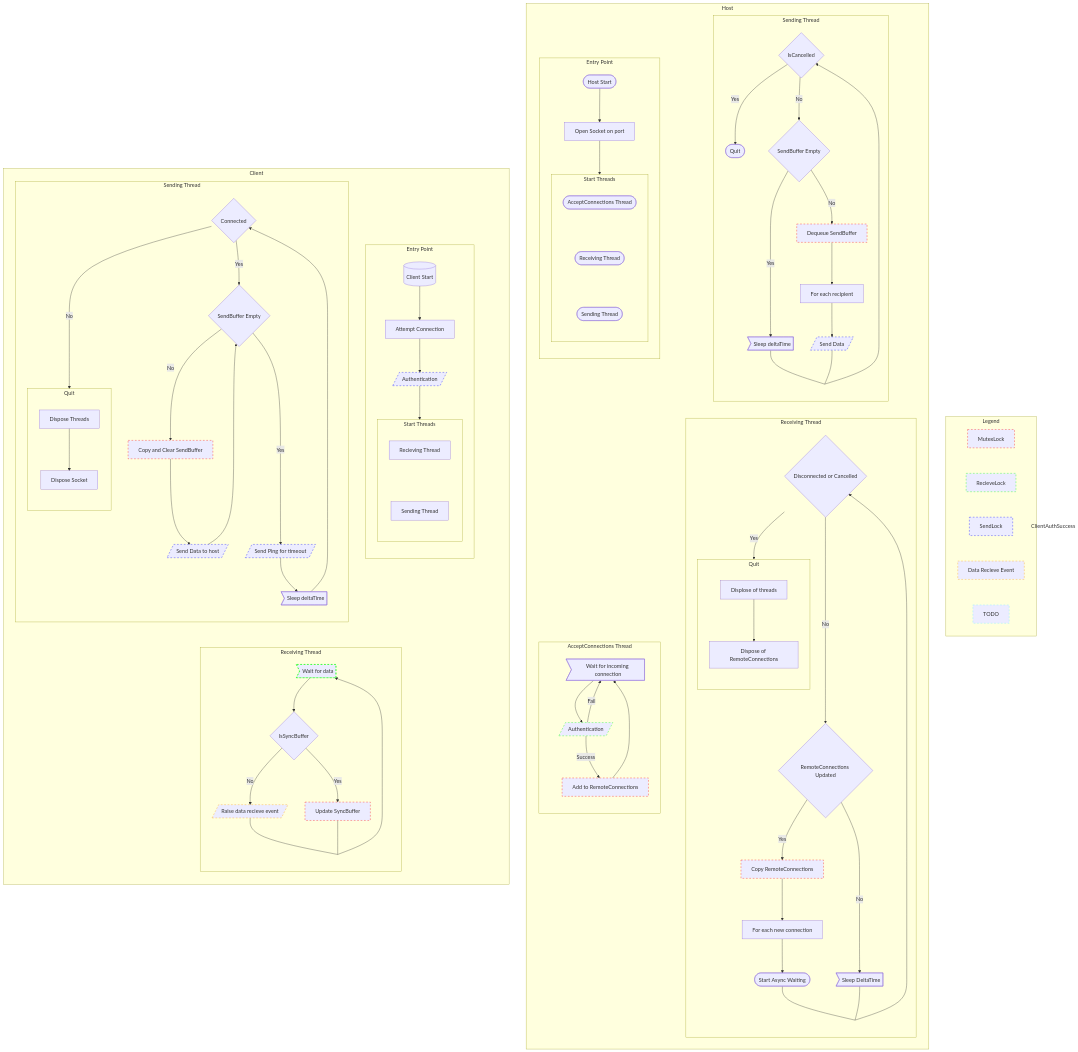
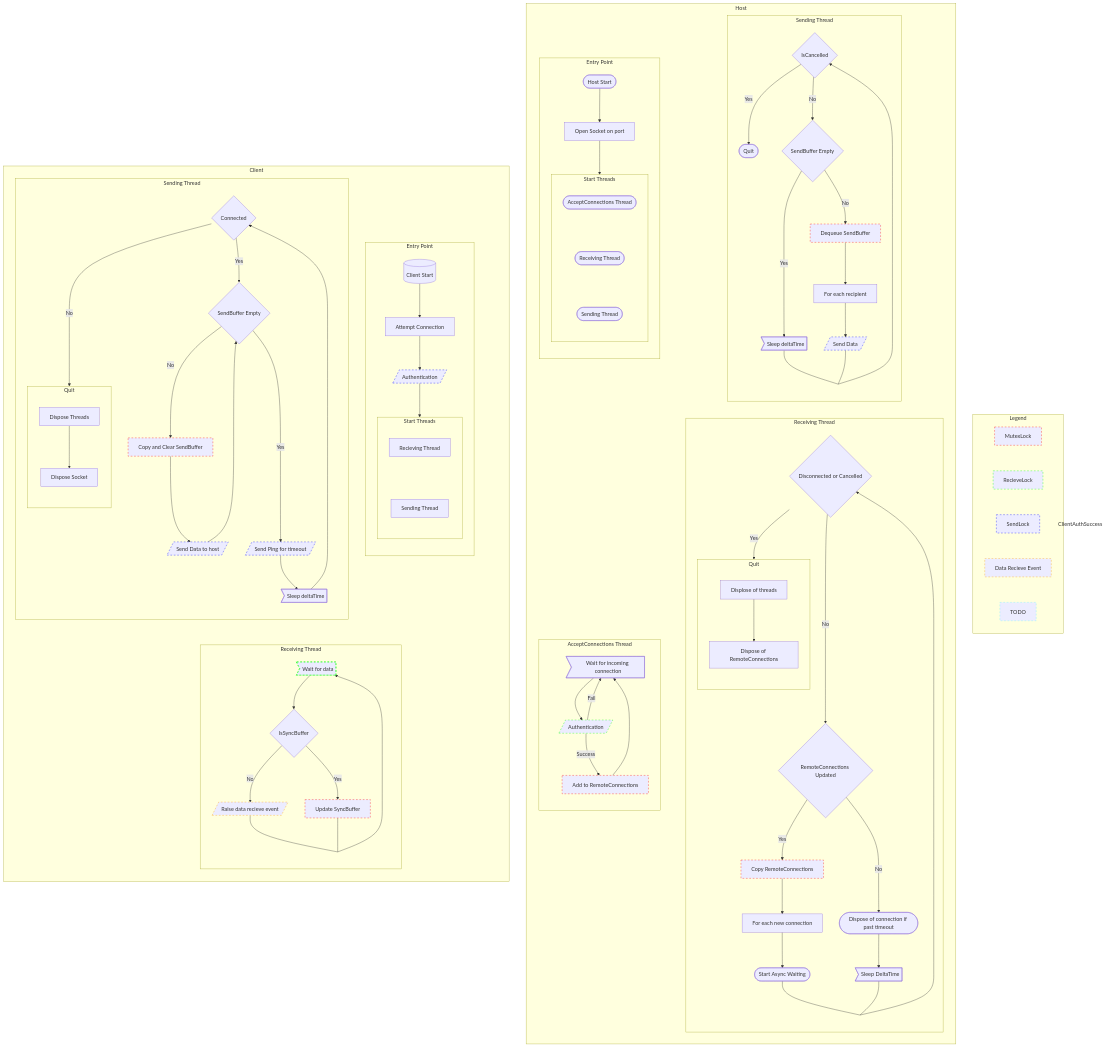
One commit to GMcMichael/ThornNetworking changed the first of 2 diagrams in README.md. Above: the diagram before and after it, drawn with Mermaid.

````diff
--- a/README.md
+++ b/README.md
@@ -1,81 +1,81 @@
 ```mermaid
 flowchart
     classDef hidden display: none;
     classDef MutexLock stroke:#ff0000, stroke-dasharray: 5 5;
     classDef RecieveLock stroke:#00ff00, stroke-dasharray: 5 5;
     classDef SendLock stroke:#0000ff, stroke-dasharray: 5 5;
     classDef DRE stroke:#ff9d00, stroke-dasharray: 5 5;
     classDef TODO stroke:#6bf0ff, stroke-dasharray: 5 5;
     %% unused #d4ff00
     subgraph Legend
         direction TB
         ml[MutexLock]:::MutexLock ~~~ rl[RecieveLock]:::RecieveLock ~~~ sl[SendLock]:::SendLock ~~~ dre[Data Recieve Event]:::DRE ~~~ todo[TODO]:::TODO
     end
     subgraph Host
         direction LR
         HostEntryPoint ~~~ HostingSendingThread
         HostingAcceptConnectionsThread ~~~ HostingReceivingThread
         subgraph HostEntryPoint [Entry Point]
             direction TB
             HostStart([Host Start]) --> OpenSocket[Open Socket on port] --> HostStartThreads
             subgraph HostStartThreads [Start Threads]
                 direction TB
                 act([AcceptConnections Thread]) ~~~ rt([Receiving Thread]) ~~~ st([Sending Thread])
             end
         end
         subgraph HostingSendingThread [Sending Thread]
             direction TB
             HostSendIsCancelled{IsCancelled} -- Yes --> HostSendQuit([Quit])
             HostSendIsCancelled -- No --> SendBufferEmpty{SendBuffer Empty}
             SendBufferEmpty -- Yes --> HostSendSleep>Sleep deltaTime] --- HostSendHidden:::hidden
             SendBufferEmpty -- No --> CopyBuffer[Dequeue SendBuffer]:::MutexLock --> RecipientLoop[For each recipient]
             RecipientLoop --> SendData[/Send Data/]:::SendLock --- HostSendHidden --> HostSendIsCancelled
         end
         subgraph HostingAcceptConnectionsThread [AcceptConnections Thread]
             direction TB
             WaitConnection>Wait for incoming connection] --> HostAuthenticate[/Authentication/]:::RecieveLock -- Success --> AddConnection[Add to RemoteConnections]:::MutexLock --> WaitConnection
             HostAuthenticate -- Fail --> WaitConnection
         end
         subgraph HostingReceivingThread [Receiving Thread]
             direction TB
             IsConnectedOrCancelled{Disconnected or Cancelled} -- Yes --> HostQuit
             IsConnectedOrCancelled -- No ---> CheckConnectionsUpdate{RemoteConnections Updated}
             CheckConnectionsUpdate -- Yes --> CopyConnections[Copy RemoteConnections]:::MutexLock --> HostReceivingNew[For each new connection] --> HostReceivingStartWait([Start Async Waiting]) --- HostReceivingHidden:::hidden
-            CheckConnectionsUpdate -- No --> HostReceivingSleep>Sleep DeltaTime] --- HostReceivingHidden --> IsConnectedOrCancelled
+            CheckConnectionsUpdate -- No --> HostReceivingCheckTimeout([Dispose of connection if past timeout]) --> HostReceivingSleep>Sleep DeltaTime] --- HostReceivingHidden --> IsConnectedOrCancelled
             subgraph HostQuit [Quit]
                 direction TB
                 HostDisposeThreads[Displose of threads] --> HostDisposeSockets[Dispose of RemoteConnections]
             end
         end
     end
     subgraph Client
         direction TB
         ClientSendingThread & ClientEntryPoint ~~~ ClientReceivingThread
         subgraph ClientEntryPoint [Entry Point]
             direction TB
             ClientStart[(Client Start)] --> AttemptConnection[Attempt Connection] --> ClientAuthenticate[/Authentication/]:::SendLock --> ClientStartThreads
             subgraph ClientStartThreads [Start Threads]
                 direction TB
                 crt[Recieving Thread] ~~~ cst[Sending Thread]
             end
         end
         subgraph ClientSendingThread [Sending Thread]
             direction TB
             ClientConnected{Connected} -- No ---> ClientQuit([Quit])
             ClientConnected -- Yes --> ClientSendBufferEmpty{SendBuffer Empty} -- No --> ClientCopyBuffer[Copy and Clear SendBuffer]:::MutexLock --> ClientSendData[/Send Data to host/]:::SendLock  --> ClientSendBufferEmpty
             ClientSendBufferEmpty -- Yes ---> ClientPing[/Send Ping for timeout/]:::SendLock --> ClientSendSleep>Sleep deltaTime] --> ClientConnected
             subgraph ClientQuit [Quit]
                 direction TB
                 ClientDisposeThreads[Dispose Threads] --> ClientDisposeSocket[Dispose Socket]
             end
             style ClientAuthSuccess display:none;
         end
         subgraph ClientReceivingThread [Receiving Thread]
             direction TB
             ClientRecieveWait>Wait for data]:::RecieveLock
             ClientRecieveWait --> ClientIsSync{IsSyncBuffer} -- No --> ClientHandleData[/Raise data recieve event/]:::DRE
             ClientIsSync -- Yes --> ClientUpdateSync[Update SyncBuffer]:::MutexLock
             ClientHandleData & ClientUpdateSync --- h4:::hidden --> ClientRecieveWait
         end
     end
 ```
````
